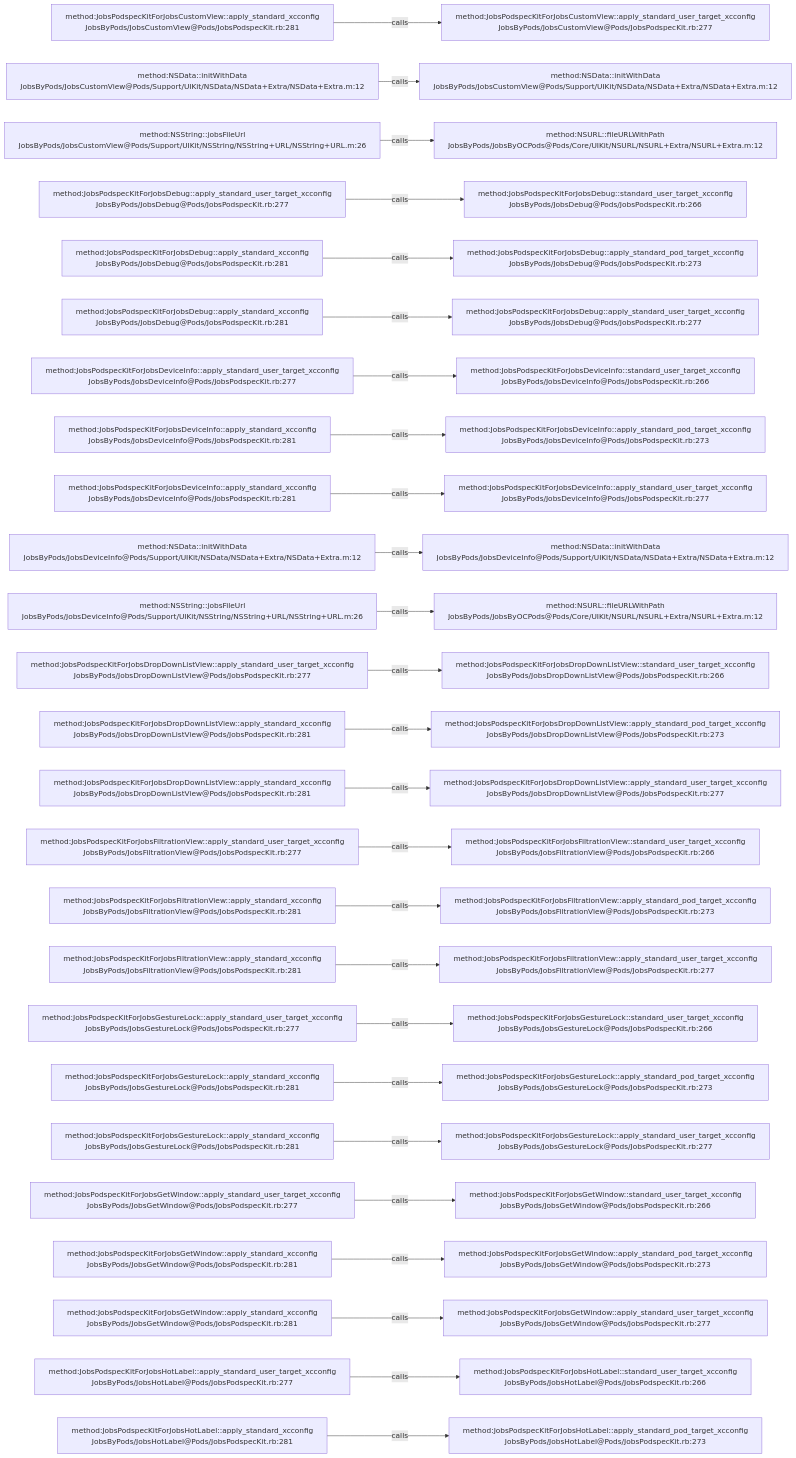
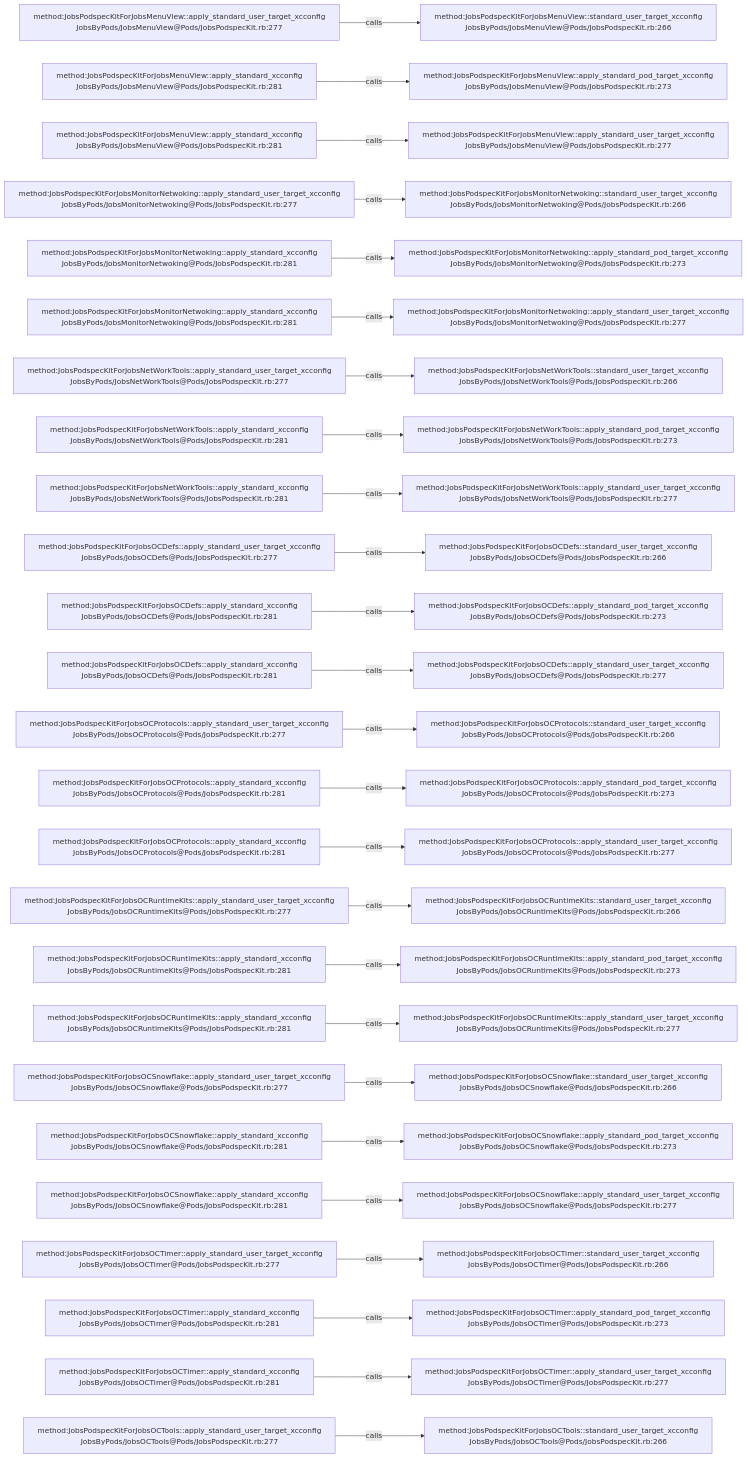
The diagram in .codegraph/codegraph.md/graphs/calls-004.md (JobsKits/JobsOCBaseConfigDemo), drawn with Mermaid before and after one commit. The commit also changed 2723 other files, not shown here.

````diff
--- a/.codegraph/codegraph.md/graphs/calls-004.md
+++ b/.codegraph/codegraph.md/graphs/calls-004.md
@@ -13,78 +13,78 @@
 ```mermaid
 flowchart LR
-  S1["method:JobsPodspecKitForJobsCustomView::apply_standard_xcconfig<br/>JobsByPods/JobsCustomView@Pods/JobsPodspecKit.rb:281"]
-  T1["method:JobsPodspecKitForJobsCustomView::apply_standard_user_target_xcconfig<br/>JobsByPods/JobsCustomView@Pods/JobsPodspecKit.rb:277"]
+  S1["method:JobsPodspecKitForJobsMenuView::apply_standard_user_target_xcconfig<br/>JobsByPods/JobsMenuView@Pods/JobsPodspecKit.rb:277"]
+  T1["method:JobsPodspecKitForJobsMenuView::standard_user_target_xcconfig<br/>JobsByPods/JobsMenuView@Pods/JobsPodspecKit.rb:266"]
   S1 -->|calls| T1
-  S2["method:NSData::initWithData<br/>JobsByPods/JobsCustomView@Pods/Support/UIKit/NSData/NSData+Extra/NSData+Extra.m:12"]
-  T2["method:NSData::initWithData<br/>JobsByPods/JobsCustomView@Pods/Support/UIKit/NSData/NSData+Extra/NSData+Extra.m:12"]
+  S2["method:JobsPodspecKitForJobsMenuView::apply_standard_xcconfig<br/>JobsByPods/JobsMenuView@Pods/JobsPodspecKit.rb:281"]
+  T2["method:JobsPodspecKitForJobsMenuView::apply_standard_pod_target_xcconfig<br/>JobsByPods/JobsMenuView@Pods/JobsPodspecKit.rb:273"]
   S2 -->|calls| T2
-  S3["method:NSString::jobsFileUrl<br/>JobsByPods/JobsCustomView@Pods/Support/UIKit/NSString/NSString+URL/NSString+URL.m:26"]
-  T3["method:NSURL::fileURLWithPath<br/>JobsByPods/JobsByOCPods@Pods/Core/UIKit/NSURL/NSURL+Extra/NSURL+Extra.m:12"]
+  S3["method:JobsPodspecKitForJobsMenuView::apply_standard_xcconfig<br/>JobsByPods/JobsMenuView@Pods/JobsPodspecKit.rb:281"]
+  T3["method:JobsPodspecKitForJobsMenuView::apply_standard_user_target_xcconfig<br/>JobsByPods/JobsMenuView@Pods/JobsPodspecKit.rb:277"]
   S3 -->|calls| T3
-  S4["method:JobsPodspecKitForJobsDebug::apply_standard_user_target_xcconfig<br/>JobsByPods/JobsDebug@Pods/JobsPodspecKit.rb:277"]
-  T4["method:JobsPodspecKitForJobsDebug::standard_user_target_xcconfig<br/>JobsByPods/JobsDebug@Pods/JobsPodspecKit.rb:266"]
+  S4["method:JobsPodspecKitForJobsMonitorNetwoking::apply_standard_user_target_xcconfig<br/>JobsByPods/JobsMonitorNetwoking@Pods/JobsPodspecKit.rb:277"]
+  T4["method:JobsPodspecKitForJobsMonitorNetwoking::standard_user_target_xcconfig<br/>JobsByPods/JobsMonitorNetwoking@Pods/JobsPodspecKit.rb:266"]
   S4 -->|calls| T4
-  S5["method:JobsPodspecKitForJobsDebug::apply_standard_xcconfig<br/>JobsByPods/JobsDebug@Pods/JobsPodspecKit.rb:281"]
-  T5["method:JobsPodspecKitForJobsDebug::apply_standard_pod_target_xcconfig<br/>JobsByPods/JobsDebug@Pods/JobsPodspecKit.rb:273"]
+  S5["method:JobsPodspecKitForJobsMonitorNetwoking::apply_standard_xcconfig<br/>JobsByPods/JobsMonitorNetwoking@Pods/JobsPodspecKit.rb:281"]
+  T5["method:JobsPodspecKitForJobsMonitorNetwoking::apply_standard_pod_target_xcconfig<br/>JobsByPods/JobsMonitorNetwoking@Pods/JobsPodspecKit.rb:273"]
   S5 -->|calls| T5
-  S6["method:JobsPodspecKitForJobsDebug::apply_standard_xcconfig<br/>JobsByPods/JobsDebug@Pods/JobsPodspecKit.rb:281"]
-  T6["method:JobsPodspecKitForJobsDebug::apply_standard_user_target_xcconfig<br/>JobsByPods/JobsDebug@Pods/JobsPodspecKit.rb:277"]
+  S6["method:JobsPodspecKitForJobsMonitorNetwoking::apply_standard_xcconfig<br/>JobsByPods/JobsMonitorNetwoking@Pods/JobsPodspecKit.rb:281"]
+  T6["method:JobsPodspecKitForJobsMonitorNetwoking::apply_standard_user_target_xcconfig<br/>JobsByPods/JobsMonitorNetwoking@Pods/JobsPodspecKit.rb:277"]
   S6 -->|calls| T6
-  S7["method:JobsPodspecKitForJobsDeviceInfo::apply_standard_user_target_xcconfig<br/>JobsByPods/JobsDeviceInfo@Pods/JobsPodspecKit.rb:277"]
-  T7["method:JobsPodspecKitForJobsDeviceInfo::standard_user_target_xcconfig<br/>JobsByPods/JobsDeviceInfo@Pods/JobsPodspecKit.rb:266"]
+  S7["method:JobsPodspecKitForJobsNetWorkTools::apply_standard_user_target_xcconfig<br/>JobsByPods/JobsNetWorkTools@Pods/JobsPodspecKit.rb:277"]
+  T7["method:JobsPodspecKitForJobsNetWorkTools::standard_user_target_xcconfig<br/>JobsByPods/JobsNetWorkTools@Pods/JobsPodspecKit.rb:266"]
   S7 -->|calls| T7
-  S8["method:JobsPodspecKitForJobsDeviceInfo::apply_standard_xcconfig<br/>JobsByPods/JobsDeviceInfo@Pods/JobsPodspecKit.rb:281"]
-  T8["method:JobsPodspecKitForJobsDeviceInfo::apply_standard_pod_target_xcconfig<br/>JobsByPods/JobsDeviceInfo@Pods/JobsPodspecKit.rb:273"]
+  S8["method:JobsPodspecKitForJobsNetWorkTools::apply_standard_xcconfig<br/>JobsByPods/JobsNetWorkTools@Pods/JobsPodspecKit.rb:281"]
+  T8["method:JobsPodspecKitForJobsNetWorkTools::apply_standard_pod_target_xcconfig<br/>JobsByPods/JobsNetWorkTools@Pods/JobsPodspecKit.rb:273"]
   S8 -->|calls| T8
-  S9["method:JobsPodspecKitForJobsDeviceInfo::apply_standard_xcconfig<br/>JobsByPods/JobsDeviceInfo@Pods/JobsPodspecKit.rb:281"]
-  T9["method:JobsPodspecKitForJobsDeviceInfo::apply_standard_user_target_xcconfig<br/>JobsByPods/JobsDeviceInfo@Pods/JobsPodspecKit.rb:277"]
+  S9["method:JobsPodspecKitForJobsNetWorkTools::apply_standard_xcconfig<br/>JobsByPods/JobsNetWorkTools@Pods/JobsPodspecKit.rb:281"]
+  T9["method:JobsPodspecKitForJobsNetWorkTools::apply_standard_user_target_xcconfig<br/>JobsByPods/JobsNetWorkTools@Pods/JobsPodspecKit.rb:277"]
   S9 -->|calls| T9
-  S10["method:NSData::initWithData<br/>JobsByPods/JobsDeviceInfo@Pods/Support/UIKit/NSData/NSData+Extra/NSData+Extra.m:12"]
-  T10["method:NSData::initWithData<br/>JobsByPods/JobsDeviceInfo@Pods/Support/UIKit/NSData/NSData+Extra/NSData+Extra.m:12"]
+  S10["method:JobsPodspecKitForJobsOCDefs::apply_standard_user_target_xcconfig<br/>JobsByPods/JobsOCDefs@Pods/JobsPodspecKit.rb:277"]
+  T10["method:JobsPodspecKitForJobsOCDefs::standard_user_target_xcconfig<br/>JobsByPods/JobsOCDefs@Pods/JobsPodspecKit.rb:266"]
   S10 -->|calls| T10
-  S11["method:NSString::jobsFileUrl<br/>JobsByPods/JobsDeviceInfo@Pods/Support/UIKit/NSString/NSString+URL/NSString+URL.m:26"]
-  T11["method:NSURL::fileURLWithPath<br/>JobsByPods/JobsByOCPods@Pods/Core/UIKit/NSURL/NSURL+Extra/NSURL+Extra.m:12"]
+  S11["method:JobsPodspecKitForJobsOCDefs::apply_standard_xcconfig<br/>JobsByPods/JobsOCDefs@Pods/JobsPodspecKit.rb:281"]
+  T11["method:JobsPodspecKitForJobsOCDefs::apply_standard_pod_target_xcconfig<br/>JobsByPods/JobsOCDefs@Pods/JobsPodspecKit.rb:273"]
   S11 -->|calls| T11
-  S12["method:JobsPodspecKitForJobsDropDownListView::apply_standard_user_target_xcconfig<br/>JobsByPods/JobsDropDownListView@Pods/JobsPodspecKit.rb:277"]
-  T12["method:JobsPodspecKitForJobsDropDownListView::standard_user_target_xcconfig<br/>JobsByPods/JobsDropDownListView@Pods/JobsPodspecKit.rb:266"]
+  S12["method:JobsPodspecKitForJobsOCDefs::apply_standard_xcconfig<br/>JobsByPods/JobsOCDefs@Pods/JobsPodspecKit.rb:281"]
+  T12["method:JobsPodspecKitForJobsOCDefs::apply_standard_user_target_xcconfig<br/>JobsByPods/JobsOCDefs@Pods/JobsPodspecKit.rb:277"]
   S12 -->|calls| T12
-  S13["method:JobsPodspecKitForJobsDropDownListView::apply_standard_xcconfig<br/>JobsByPods/JobsDropDownListView@Pods/JobsPodspecKit.rb:281"]
-  T13["method:JobsPodspecKitForJobsDropDownListView::apply_standard_pod_target_xcconfig<br/>JobsByPods/JobsDropDownListView@Pods/JobsPodspecKit.rb:273"]
+  S13["method:JobsPodspecKitForJobsOCProtocols::apply_standard_user_target_xcconfig<br/>JobsByPods/JobsOCProtocols@Pods/JobsPodspecKit.rb:277"]
+  T13["method:JobsPodspecKitForJobsOCProtocols::standard_user_target_xcconfig<br/>JobsByPods/JobsOCProtocols@Pods/JobsPodspecKit.rb:266"]
   S13 -->|calls| T13
-  S14["method:JobsPodspecKitForJobsDropDownListView::apply_standard_xcconfig<br/>JobsByPods/JobsDropDownListView@Pods/JobsPodspecKit.rb:281"]
-  T14["method:JobsPodspecKitForJobsDropDownListView::apply_standard_user_target_xcconfig<br/>JobsByPods/JobsDropDownListView@Pods/JobsPodspecKit.rb:277"]
+  S14["method:JobsPodspecKitForJobsOCProtocols::apply_standard_xcconfig<br/>JobsByPods/JobsOCProtocols@Pods/JobsPodspecKit.rb:281"]
+  T14["method:JobsPodspecKitForJobsOCProtocols::apply_standard_pod_target_xcconfig<br/>JobsByPods/JobsOCProtocols@Pods/JobsPodspecKit.rb:273"]
   S14 -->|calls| T14
-  S15["method:JobsPodspecKitForJobsFiltrationView::apply_standard_user_target_xcconfig<br/>JobsByPods/JobsFiltrationView@Pods/JobsPodspecKit.rb:277"]
-  T15["method:JobsPodspecKitForJobsFiltrationView::standard_user_target_xcconfig<br/>JobsByPods/JobsFiltrationView@Pods/JobsPodspecKit.rb:266"]
+  S15["method:JobsPodspecKitForJobsOCProtocols::apply_standard_xcconfig<br/>JobsByPods/JobsOCProtocols@Pods/JobsPodspecKit.rb:281"]
+  T15["method:JobsPodspecKitForJobsOCProtocols::apply_standard_user_target_xcconfig<br/>JobsByPods/JobsOCProtocols@Pods/JobsPodspecKit.rb:277"]
   S15 -->|calls| T15
-  S16["method:JobsPodspecKitForJobsFiltrationView::apply_standard_xcconfig<br/>JobsByPods/JobsFiltrationView@Pods/JobsPodspecKit.rb:281"]
-  T16["method:JobsPodspecKitForJobsFiltrationView::apply_standard_pod_target_xcconfig<br/>JobsByPods/JobsFiltrationView@Pods/JobsPodspecKit.rb:273"]
+  S16["method:JobsPodspecKitForJobsOCRuntimeKits::apply_standard_user_target_xcconfig<br/>JobsByPods/JobsOCRuntimeKits@Pods/JobsPodspecKit.rb:277"]
+  T16["method:JobsPodspecKitForJobsOCRuntimeKits::standard_user_target_xcconfig<br/>JobsByPods/JobsOCRuntimeKits@Pods/JobsPodspecKit.rb:266"]
   S16 -->|calls| T16
-  S17["method:JobsPodspecKitForJobsFiltrationView::apply_standard_xcconfig<br/>JobsByPods/JobsFiltrationView@Pods/JobsPodspecKit.rb:281"]
-  T17["method:JobsPodspecKitForJobsFiltrationView::apply_standard_user_target_xcconfig<br/>JobsByPods/JobsFiltrationView@Pods/JobsPodspecKit.rb:277"]
+  S17["method:JobsPodspecKitForJobsOCRuntimeKits::apply_standard_xcconfig<br/>JobsByPods/JobsOCRuntimeKits@Pods/JobsPodspecKit.rb:281"]
+  T17["method:JobsPodspecKitForJobsOCRuntimeKits::apply_standard_pod_target_xcconfig<br/>JobsByPods/JobsOCRuntimeKits@Pods/JobsPodspecKit.rb:273"]
   S17 -->|calls| T17
-  S18["method:JobsPodspecKitForJobsGestureLock::apply_standard_user_target_xcconfig<br/>JobsByPods/JobsGestureLock@Pods/JobsPodspecKit.rb:277"]
-  T18["method:JobsPodspecKitForJobsGestureLock::standard_user_target_xcconfig<br/>JobsByPods/JobsGestureLock@Pods/JobsPodspecKit.rb:266"]
+  S18["method:JobsPodspecKitForJobsOCRuntimeKits::apply_standard_xcconfig<br/>JobsByPods/JobsOCRuntimeKits@Pods/JobsPodspecKit.rb:281"]
+  T18["method:JobsPodspecKitForJobsOCRuntimeKits::apply_standard_user_target_xcconfig<br/>JobsByPods/JobsOCRuntimeKits@Pods/JobsPodspecKit.rb:277"]
   S18 -->|calls| T18
-  S19["method:JobsPodspecKitForJobsGestureLock::apply_standard_xcconfig<br/>JobsByPods/JobsGestureLock@Pods/JobsPodspecKit.rb:281"]
-  T19["method:JobsPodspecKitForJobsGestureLock::apply_standard_pod_target_xcconfig<br/>JobsByPods/JobsGestureLock@Pods/JobsPodspecKit.rb:273"]
+  S19["method:JobsPodspecKitForJobsOCSnowflake::apply_standard_user_target_xcconfig<br/>JobsByPods/JobsOCSnowflake@Pods/JobsPodspecKit.rb:277"]
+  T19["method:JobsPodspecKitForJobsOCSnowflake::standard_user_target_xcconfig<br/>JobsByPods/JobsOCSnowflake@Pods/JobsPodspecKit.rb:266"]
   S19 -->|calls| T19
-  S20["method:JobsPodspecKitForJobsGestureLock::apply_standard_xcconfig<br/>JobsByPods/JobsGestureLock@Pods/JobsPodspecKit.rb:281"]
-  T20["method:JobsPodspecKitForJobsGestureLock::apply_standard_user_target_xcconfig<br/>JobsByPods/JobsGestureLock@Pods/JobsPodspecKit.rb:277"]
+  S20["method:JobsPodspecKitForJobsOCSnowflake::apply_standard_xcconfig<br/>JobsByPods/JobsOCSnowflake@Pods/JobsPodspecKit.rb:281"]
+  T20["method:JobsPodspecKitForJobsOCSnowflake::apply_standard_pod_target_xcconfig<br/>JobsByPods/JobsOCSnowflake@Pods/JobsPodspecKit.rb:273"]
   S20 -->|calls| T20
-  S21["method:JobsPodspecKitForJobsGetWindow::apply_standard_user_target_xcconfig<br/>JobsByPods/JobsGetWindow@Pods/JobsPodspecKit.rb:277"]
-  T21["method:JobsPodspecKitForJobsGetWindow::standard_user_target_xcconfig<br/>JobsByPods/JobsGetWindow@Pods/JobsPodspecKit.rb:266"]
+  S21["method:JobsPodspecKitForJobsOCSnowflake::apply_standard_xcconfig<br/>JobsByPods/JobsOCSnowflake@Pods/JobsPodspecKit.rb:281"]
+  T21["method:JobsPodspecKitForJobsOCSnowflake::apply_standard_user_target_xcconfig<br/>JobsByPods/JobsOCSnowflake@Pods/JobsPodspecKit.rb:277"]
   S21 -->|calls| T21
-  S22["method:JobsPodspecKitForJobsGetWindow::apply_standard_xcconfig<br/>JobsByPods/JobsGetWindow@Pods/JobsPodspecKit.rb:281"]
-  T22["method:JobsPodspecKitForJobsGetWindow::apply_standard_pod_target_xcconfig<br/>JobsByPods/JobsGetWindow@Pods/JobsPodspecKit.rb:273"]
+  S22["method:JobsPodspecKitForJobsOCTimer::apply_standard_user_target_xcconfig<br/>JobsByPods/JobsOCTimer@Pods/JobsPodspecKit.rb:277"]
+  T22["method:JobsPodspecKitForJobsOCTimer::standard_user_target_xcconfig<br/>JobsByPods/JobsOCTimer@Pods/JobsPodspecKit.rb:266"]
   S22 -->|calls| T22
-  S23["method:JobsPodspecKitForJobsGetWindow::apply_standard_xcconfig<br/>JobsByPods/JobsGetWindow@Pods/JobsPodspecKit.rb:281"]
-  T23["method:JobsPodspecKitForJobsGetWindow::apply_standard_user_target_xcconfig<br/>JobsByPods/JobsGetWindow@Pods/JobsPodspecKit.rb:277"]
+  S23["method:JobsPodspecKitForJobsOCTimer::apply_standard_xcconfig<br/>JobsByPods/JobsOCTimer@Pods/JobsPodspecKit.rb:281"]
+  T23["method:JobsPodspecKitForJobsOCTimer::apply_standard_pod_target_xcconfig<br/>JobsByPods/JobsOCTimer@Pods/JobsPodspecKit.rb:273"]
   S23 -->|calls| T23
-  S24["method:JobsPodspecKitForJobsHotLabel::apply_standard_user_target_xcconfig<br/>JobsByPods/JobsHotLabel@Pods/JobsPodspecKit.rb:277"]
-  T24["method:JobsPodspecKitForJobsHotLabel::standard_user_target_xcconfig<br/>JobsByPods/JobsHotLabel@Pods/JobsPodspecKit.rb:266"]
+  S24["method:JobsPodspecKitForJobsOCTimer::apply_standard_xcconfig<br/>JobsByPods/JobsOCTimer@Pods/JobsPodspecKit.rb:281"]
+  T24["method:JobsPodspecKitForJobsOCTimer::apply_standard_user_target_xcconfig<br/>JobsByPods/JobsOCTimer@Pods/JobsPodspecKit.rb:277"]
   S24 -->|calls| T24
-  S25["method:JobsPodspecKitForJobsHotLabel::apply_standard_xcconfig<br/>JobsByPods/JobsHotLabel@Pods/JobsPodspecKit.rb:281"]
-  T25["method:JobsPodspecKitForJobsHotLabel::apply_standard_pod_target_xcconfig<br/>JobsByPods/JobsHotLabel@Pods/JobsPodspecKit.rb:273"]
+  S25["method:JobsPodspecKitForJobsOCTools::apply_standard_user_target_xcconfig<br/>JobsByPods/JobsOCTools@Pods/JobsPodspecKit.rb:277"]
+  T25["method:JobsPodspecKitForJobsOCTools::standard_user_target_xcconfig<br/>JobsByPods/JobsOCTools@Pods/JobsPodspecKit.rb:266"]
   S25 -->|calls| T25
 ```
````
